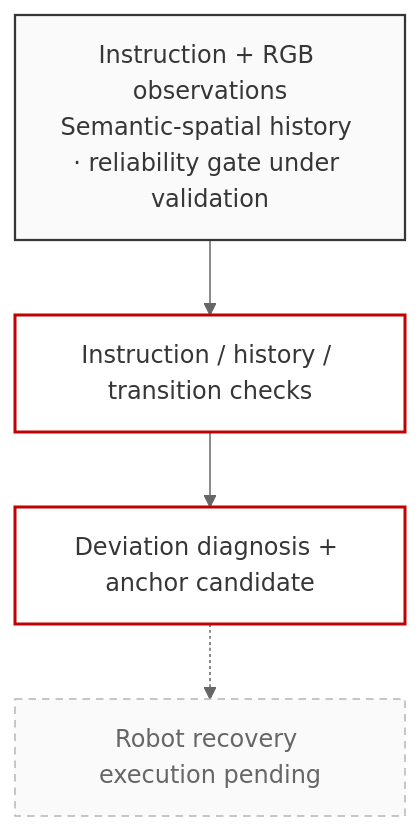
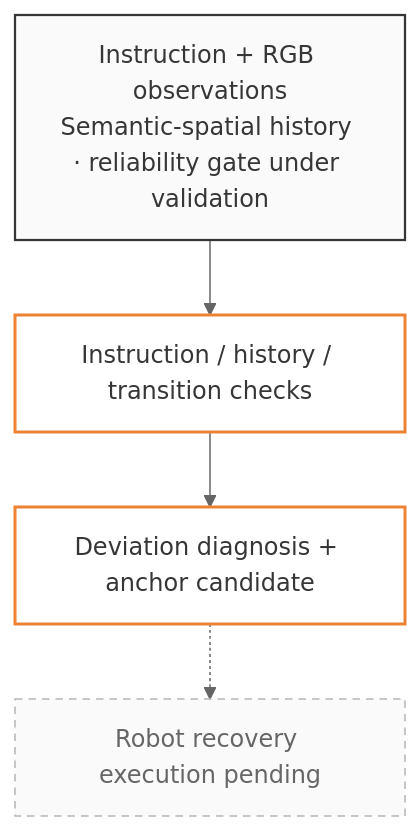
One commit to lijinghai/lijinghai.github.io changed the diagram in RabbitRobotNav/paper-method-v12-mobile.mmd. Above: the diagram before and after it, drawn with Mermaid (neutral theme). The commit also changed 8 other files, not shown here.

```diff
--- a/RabbitRobotNav/paper-method-v12-mobile.mmd
+++ b/RabbitRobotNav/paper-method-v12-mobile.mmd
@@ -1,10 +1,10 @@
 flowchart TB
     S["Instruction + RGB observations<br/>Semantic-spatial history · reliability gate under validation"] --> D["Instruction / history / transition checks"]
     D --> A["Deviation diagnosis + anchor candidate"]
     A -.-> E["Robot recovery execution pending"]
     classDef input fill:#fafafa,stroke:#363636,color:#363636,stroke-width:1.5px;
-    classDef core fill:#ffffff,stroke:#bf0303,color:#363636,stroke-width:2px;
+    classDef core fill:#ffffff,stroke:#ee8234,color:#363636,stroke-width:2px;
     classDef pending fill:#fafafa,stroke:#b5b5b5,color:#666666,stroke-dasharray:5 4;
     class S input;
     class D,A core;
     class E pending;
```
